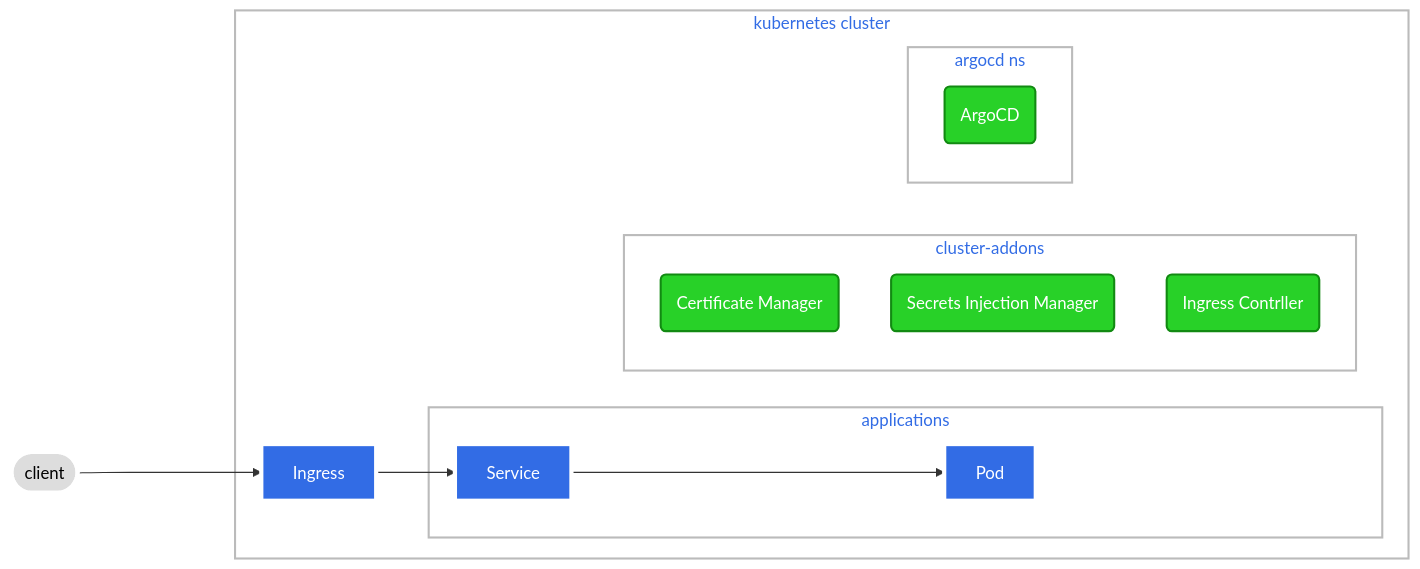
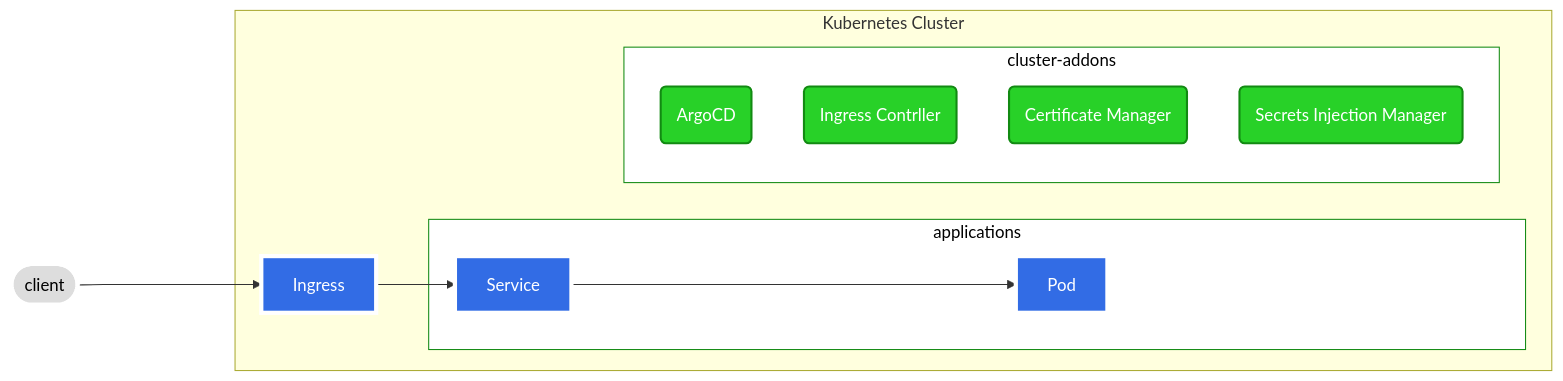
Before and after one commit to argo-universe/.github: the second of 2 diagrams in profile/README.md, drawn with Mermaid. The commit also changed other lines of this file, not shown here.

````diff
--- a/profile/README.md
+++ b/profile/README.md
@@ -30,37 +40,34 @@
 ``` mermaid
 flowchart  LR
  client([client])---->ingress[Ingress];
  ingress--> service[Service];
- subgraph kubernetes cluster
+ subgraph k8s ["Kubernetes Cluster"]
     ingress;
     subgraph applications
     
         service-->pod1[Pod];
     end
     subgraph cluster-addons
         
+        ArgoCD(ArgoCD);
+        ING(Ingress Contrller)
         CM(Certificate Manager);
         SI(Secrets Injection Manager);
-        ING(Ingress Contrller)
-    end
-    subgraph argocd ns
-        ArgoCD(ArgoCD);
+
     end
  end
 
 
 
  classDef plain fill:#ddd,stroke:#fff,stroke-width:4px,color:#000;
  classDef k8sAddons fill:#28d128,stroke:#128a12,stroke-width:2px,color:#fff;
- classDef k8s fill:#326ce5,stroke:#fff,stroke-width:4px,color:#fff;
- classDef cluster fill:#fff,stroke:#bbb,stroke-width:2px,color:#326ce5;
+ classDef whiteBack fill:#fff,stroke:#128a12,stroke-width:1px,color:#000;
+ classDef k8s fill:#326ce5,stroke:#fff,stroke-width:4px,color:#fff; 
  class ingress,service,pod1,pod2 k8s;
+ class cluster-addons,applications whiteBack;
  class ArgoCD,CM,SI,ING k8sAddons;
  class client plain;
- class cluster cluster;
-
-
 
 
 
 ```
````
